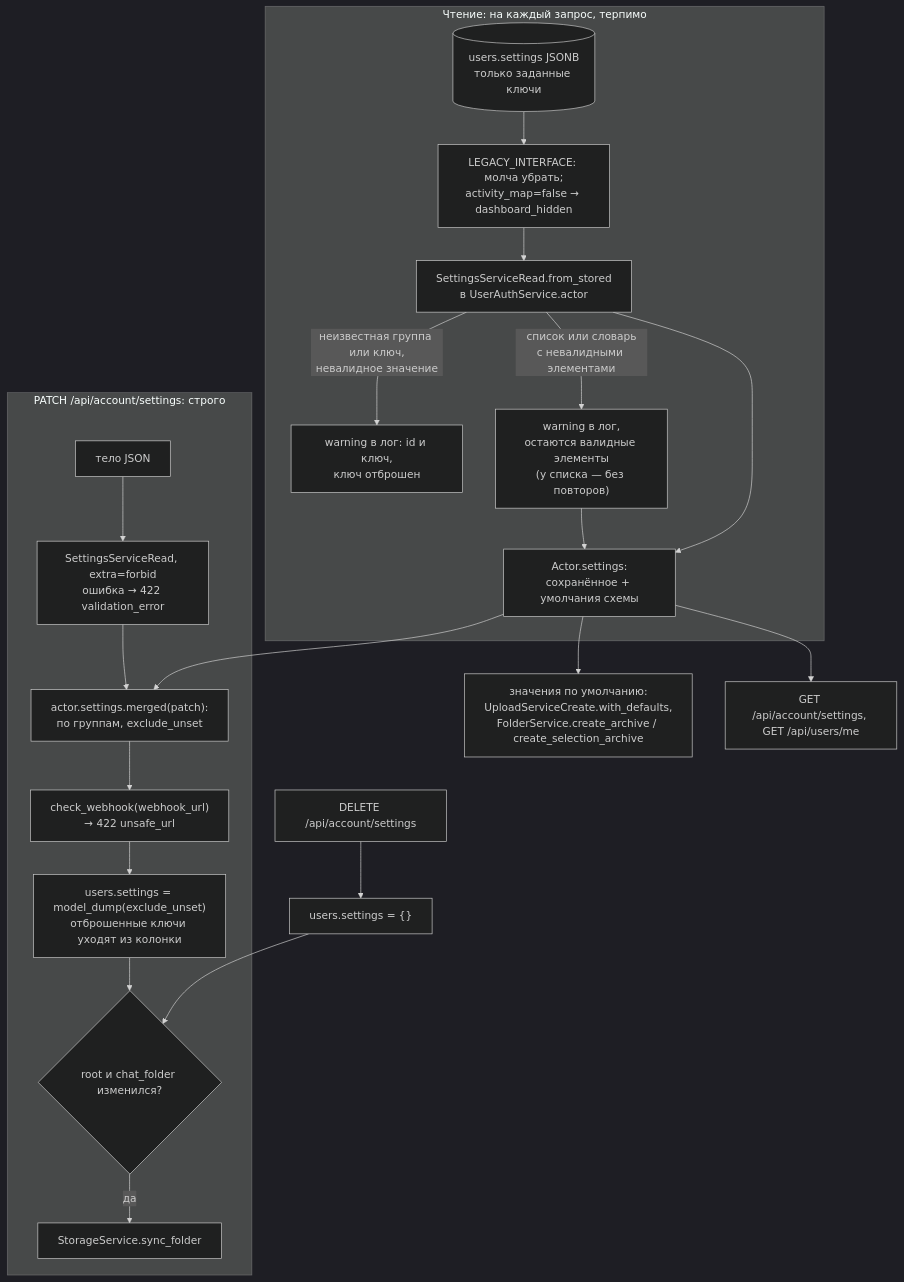
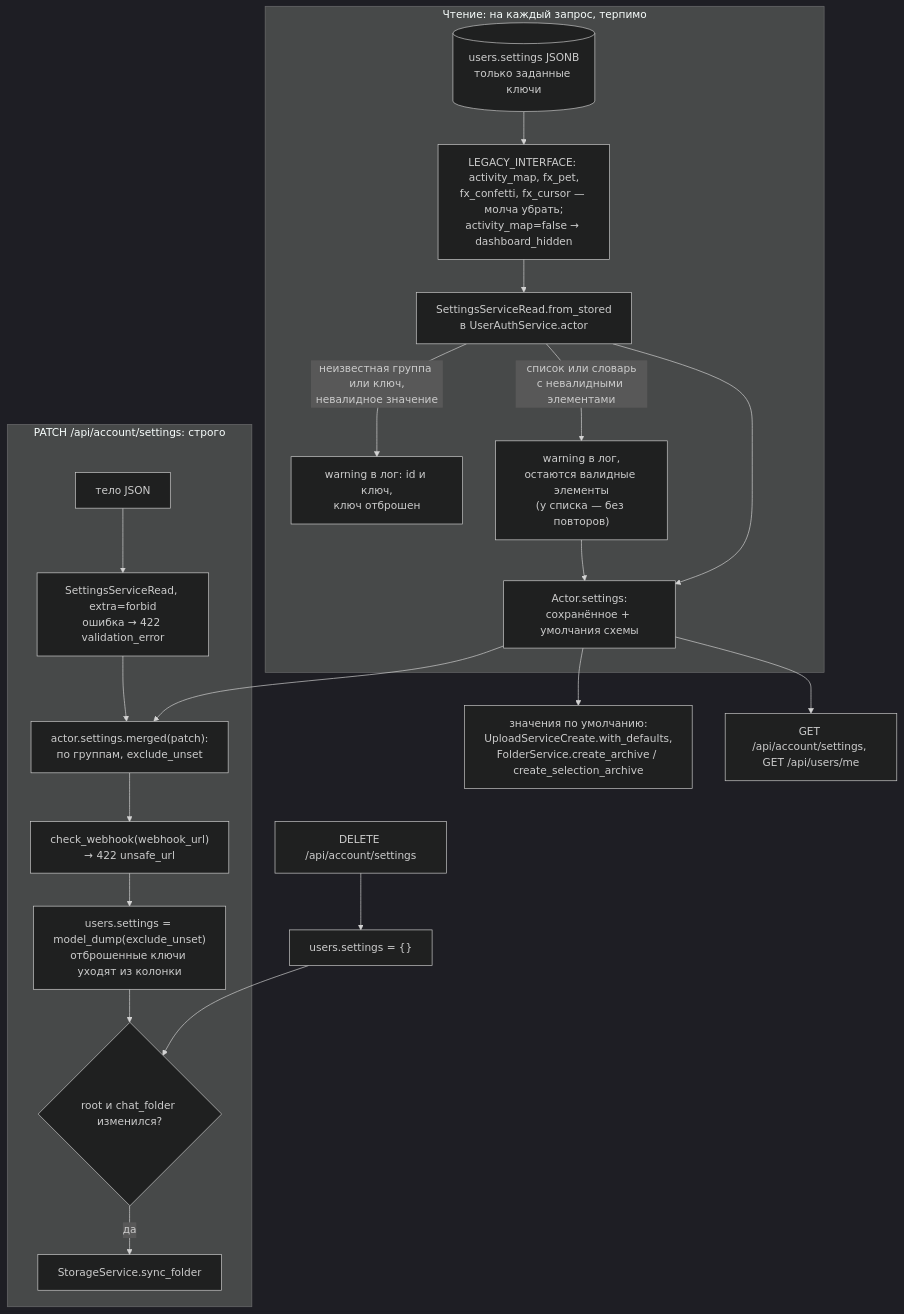
One commit to NikitkaZXC/tcloud-backend changed the diagram in docs/flows/settings.md. Above: the diagram before and after it, drawn with Mermaid (dark theme). The commit also changed other lines of this file and 3 other files, not shown here.

Commit message:
feat: drop interface fx_cursor, fx_confetti and fx_pet with silent legacy cleanup

````diff
--- a/docs/flows/settings.md
+++ b/docs/flows/settings.md
@@ -30,25 +31,25 @@
 ```mermaid
 flowchart TD
     subgraph load["Чтение: на каждый запрос, терпимо"]
         db[("users.settings JSONB<br/>только заданные ключи")]
         fs["SettingsServiceRead.from_stored<br/>в UserAuthService.actor"]
-        db --> legacy["LEGACY_INTERFACE: молча убрать;<br/>activity_map=false → dashboard_hidden"]
+        db --> legacy["LEGACY_INTERFACE: activity_map, fx_pet,<br/>fx_confetti, fx_cursor — молча убрать;<br/>activity_map=false → dashboard_hidden"]
         legacy --> fs
         fs -->|"неизвестная группа или ключ,<br/>невалидное значение"| warn["warning в лог: id и ключ,<br/>ключ отброшен"]
         fs -->|"список или словарь<br/>с невалидными элементами"| items["warning в лог,<br/>остаются валидные элементы<br/>(у списка — без повторов)"]
         items --> actor
         fs --> actor["Actor.settings:<br/>сохранённое + умолчания схемы"]
     end
     subgraph write["PATCH /api/account/settings: строго"]
         body["тело JSON"] --> strict["SettingsServiceRead, extra=forbid<br/>ошибка → 422 validation_error"]
         strict --> merge["actor.settings.merged(patch):<br/>по группам, exclude_unset"]
         merge --> wh["check_webhook(webhook_url)<br/>→ 422 unsafe_url"]
         wh --> save["users.settings = model_dump(exclude_unset)<br/>отброшенные ключи уходят из колонки"]
         save --> chg{"root и chat_folder изменился?"}
         chg -->|да| sync["StorageService.sync_folder"]
     end
     reset["DELETE /api/account/settings"] --> zero["users.settings = {}"] --> chg
     actor --> merge
     actor --> use["значения по умолчанию:<br/>UploadServiceCreate.with_defaults,<br/>FolderService.create_archive / create_selection_archive"]
     actor --> me["GET /api/account/settings, GET /api/users/me"]
 ```
````
